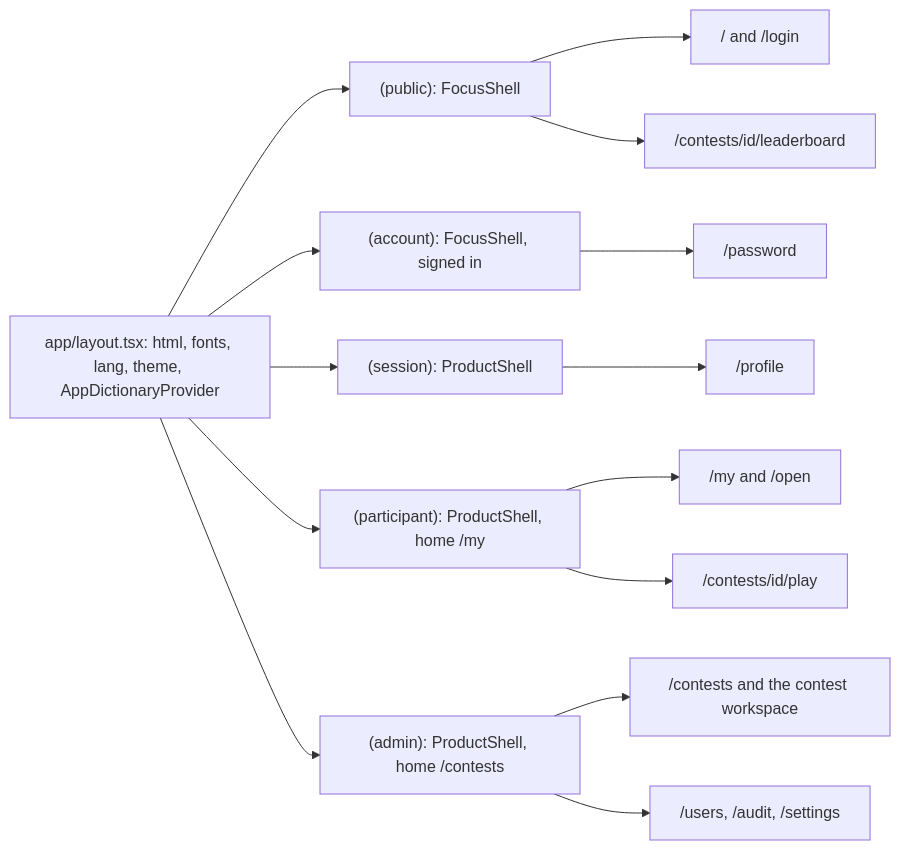
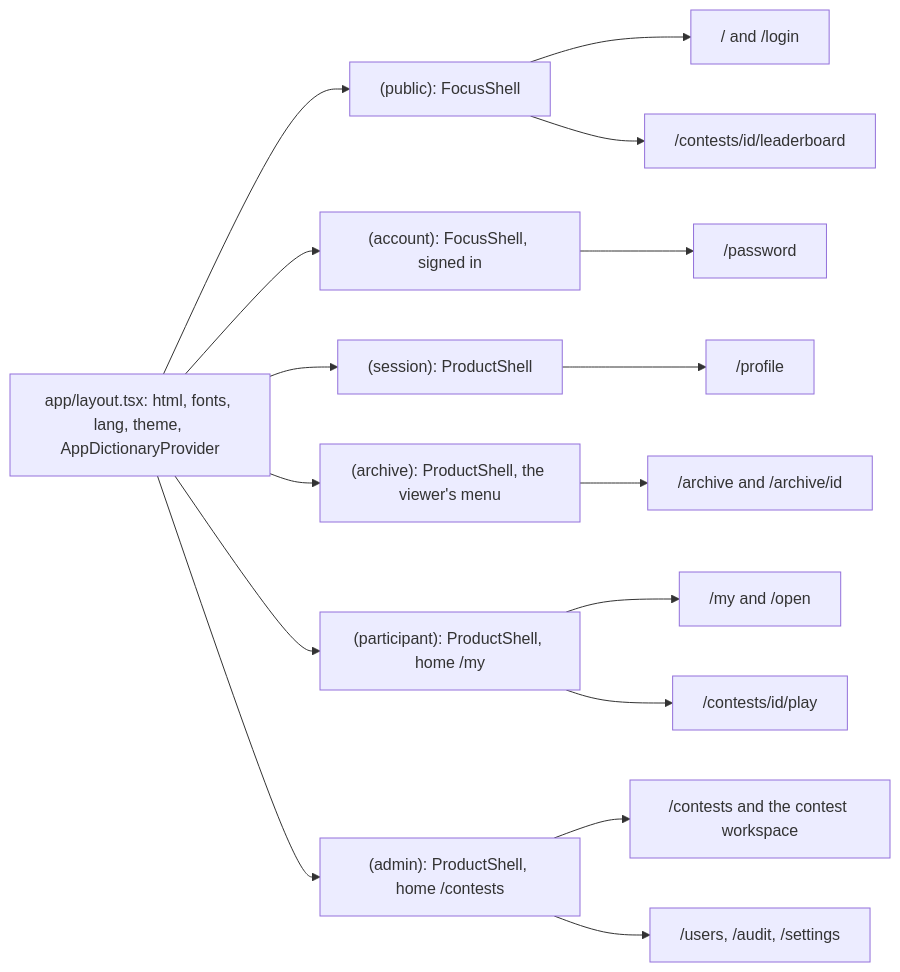
One commit to devrdn/olymp-db-platform changed the first of 4 diagrams in docs/guide/05-frontend.md. Above: the diagram before and after it, drawn with Mermaid. The commit also changed other lines of this file and 5 other files, not shown here.

````diff
--- a/docs/guide/05-frontend.md
+++ b/docs/guide/05-frontend.md
@@ -59,17 +60,19 @@
 ```mermaid
 flowchart LR
     root["app/layout.tsx: html, fonts, lang, theme, AppDictionaryProvider"]
     root --> pub["(public): FocusShell"]
     root --> acc["(account): FocusShell, signed in"]
     root --> ses["(session): ProductShell"]
+    root --> arc["(archive): ProductShell, the viewer's menu"]
     root --> par["(participant): ProductShell, home /my"]
     root --> adm["(admin): ProductShell, home /contests"]
     pub --> pub1["/ and /login"]
     pub --> pub2["/contests/id/leaderboard"]
     acc --> acc1["/password"]
     ses --> ses1["/profile"]
+    arc --> arc1["/archive and /archive/id"]
     par --> par1["/my and /open"]
     par --> par2["/contests/id/play"]
     adm --> adm1["/contests and the contest workspace"]
     adm --> adm2["/users, /audit, /settings"]
 ```
````
